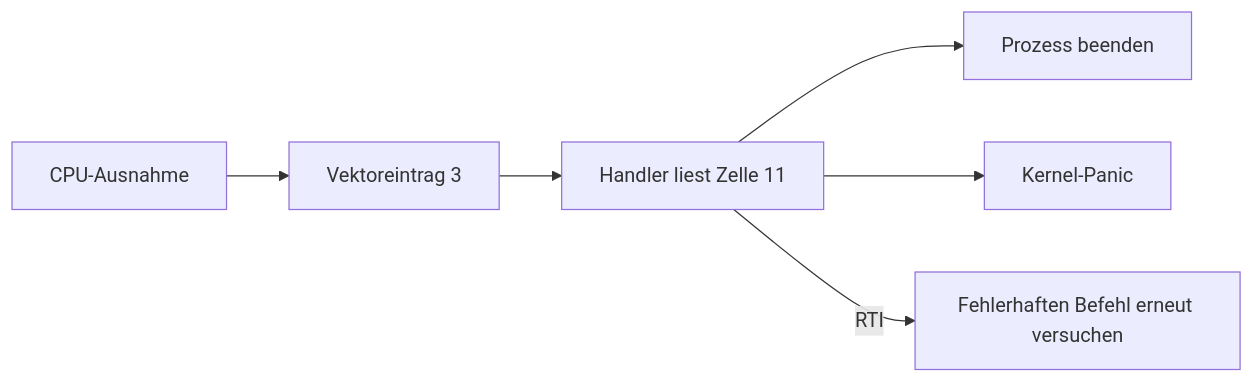
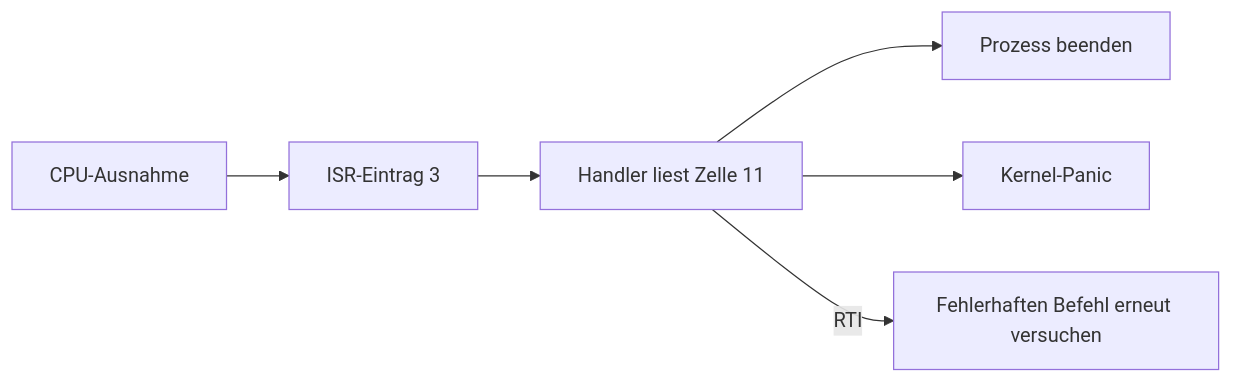
Before and after one commit to matthejue/RETI-Emulator: the fourth of 9 diagrams in README.md, drawn with Mermaid. The commit also changed other lines of this file, not shown here.

````diff
--- a/README.md
+++ b/README.md
@@ -354,8 +444,8 @@
 ```mermaid
 flowchart LR
-    fault[CPU-Ausnahme] --> vector[Vektoreintrag 3]
+    fault[CPU-Ausnahme] --> vector[ISR-Eintrag 3]
     vector --> handler[Handler liest Zelle 11]
     handler --> terminate[Prozess beenden]
     handler --> panic[Kernel-Panic]
     handler -->|RTI| retry[Fehlerhaften Befehl erneut versuchen]
 ```
````
